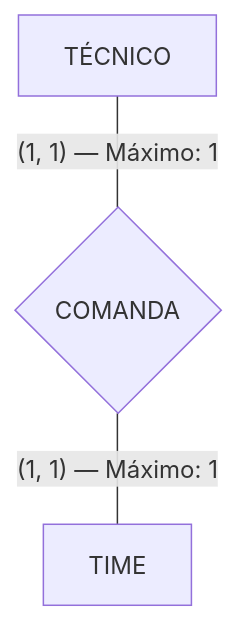
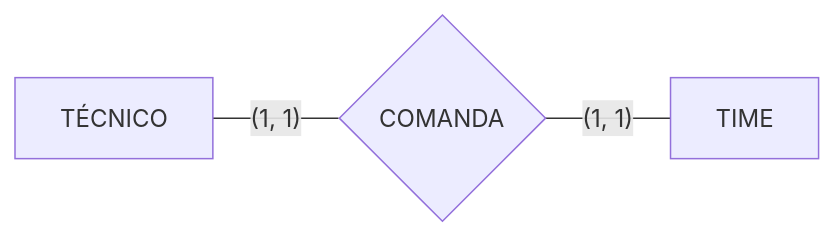
Before and after one commit to leorruas/puc: the first of 13 diagrams in 02. Modelagem de Dados/06. Modelagem de relacionamentos, cardinalidade e restrições de participação.md, drawn with Mermaid. The commit also changed other lines of this file, not shown here.

````diff
--- a/02. Modelagem de Dados/06. Modelagem de relacionamentos, cardinalidade e restrições de participação.md
+++ b/02. Modelagem de Dados/06. Modelagem de relacionamentos, cardinalidade e restrições de participação.md
@@ -43,5 +43,5 @@
 ```mermaid
-flowchart TD
-    Tec["TÉCNICO"] ---|"(1, 1) — Máximo: 1"| RelTec{"COMANDA"}
-    RelTec ---|"(1, 1) — Máximo: 1"| Time["TIME"]
+flowchart LR
+    Tecnico["TÉCNICO"]:::data ---|"(1, 1)"| Comanda{"COMANDA"}:::core
+    Comanda ---|"(1, 1)"| Time["TIME"]:::data
 ```
````
